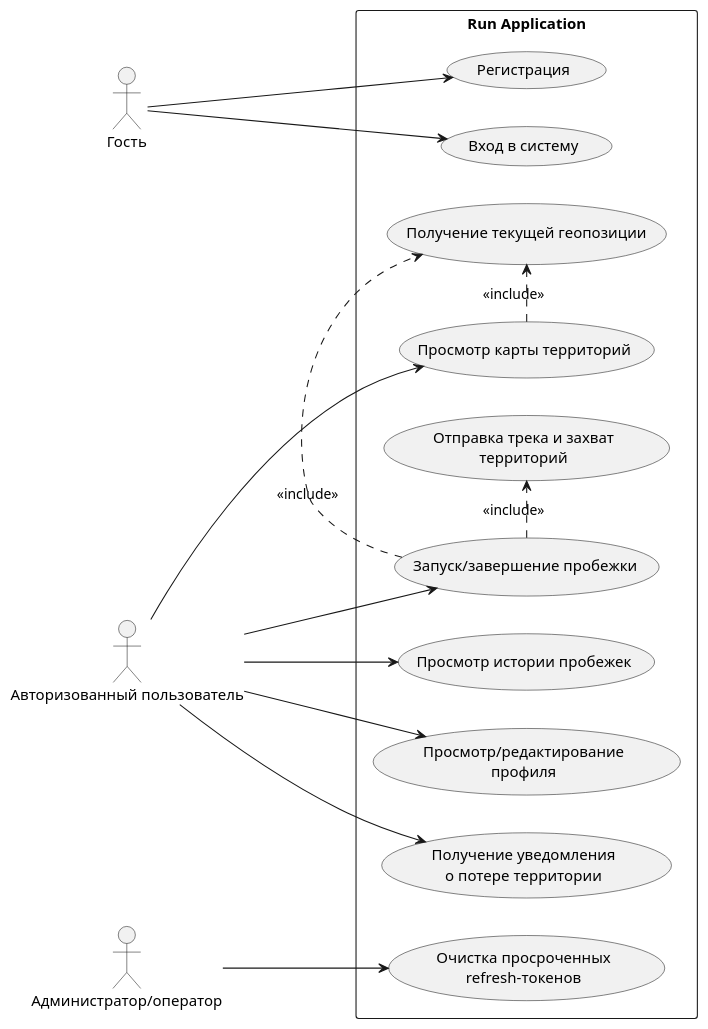
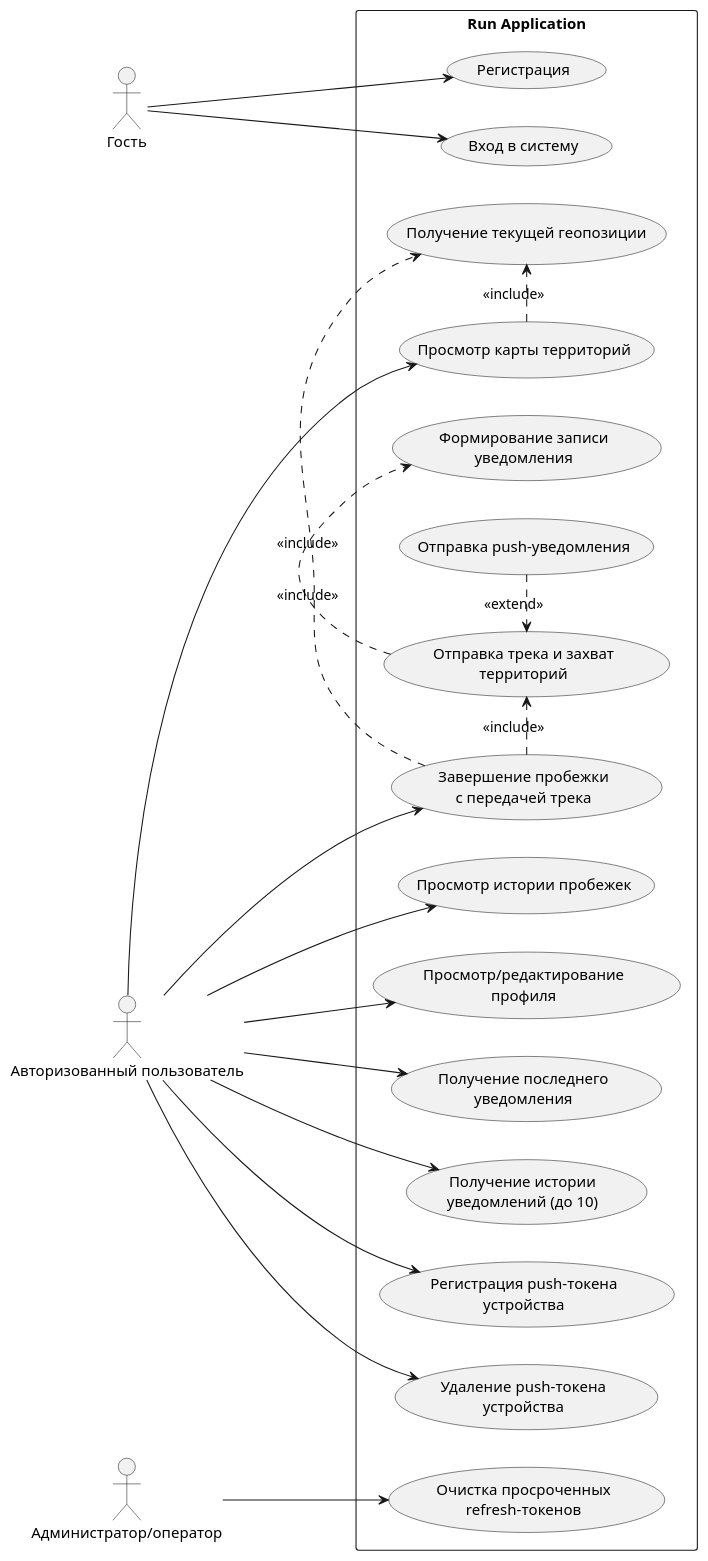
Before and after one commit to Nikitin48/run_application: the diagram in docs/scheme/use_case_diagram.puml, drawn with PlantUML. The commit also changed 13 other files, not shown here.

Commit message:
diagram v4

```diff
--- a/docs/scheme/use_case_diagram.puml
+++ b/docs/scheme/use_case_diagram.puml
@@ -1,36 +1,46 @@
 @startuml use_case_diagram
 left to right direction
 
 actor "Гость" as Guest
 actor "Авторизованный пользователь" as User
 actor "Администратор/оператор" as Admin
 
 rectangle "Run Application" {
   usecase "Регистрация" as UC_Register
   usecase "Вход в систему" as UC_Login
   usecase "Просмотр карты территорий" as UC_ViewMap
   usecase "Получение текущей геопозиции" as UC_GetLocation
-  usecase "Запуск/завершение пробежки" as UC_Run
+  usecase "Завершение пробежки\nс передачей трека" as UC_RunFinish
   usecase "Отправка трека и захват\nтерриторий" as UC_Capture
   usecase "Просмотр истории пробежек" as UC_History
   usecase "Просмотр/редактирование\nпрофиля" as UC_Profile
-  usecase "Получение уведомления\nо потере территории" as UC_Notification
+  usecase "Получение последнего\nуведомления" as UC_LastNotification
+  usecase "Получение истории\nуведомлений (до 10)" as UC_NotificationHistory
+  usecase "Регистрация push-токена\nустройства" as UC_RegisterPushToken
+  usecase "Удаление push-токена\nустройства" as UC_DeletePushToken
+  usecase "Формирование записи\nуведомления" as UC_CreateNotification
+  usecase "Отправка push-уведомления" as UC_SendPush
   usecase "Очистка просроченных\nrefresh-токенов" as UC_TokenCleanup
 }
 
 Guest --> UC_Register
 Guest --> UC_Login
 
 User --> UC_ViewMap
-User --> UC_Run
+User --> UC_RunFinish
 User --> UC_History
 User --> UC_Profile
-User --> UC_Notification
+User --> UC_LastNotification
+User --> UC_NotificationHistory
+User --> UC_RegisterPushToken
+User --> UC_DeletePushToken
 
 UC_ViewMap .> UC_GetLocation : <<include>>
-UC_Run .> UC_GetLocation : <<include>>
-UC_Run .> UC_Capture : <<include>>
+UC_RunFinish .> UC_GetLocation : <<include>>
+UC_RunFinish .> UC_Capture : <<include>>
+UC_Capture .> UC_CreateNotification : <<include>>
+UC_SendPush .> UC_Capture : <<extend>>
 
 Admin --> UC_TokenCleanup
 
 @enduml
```
